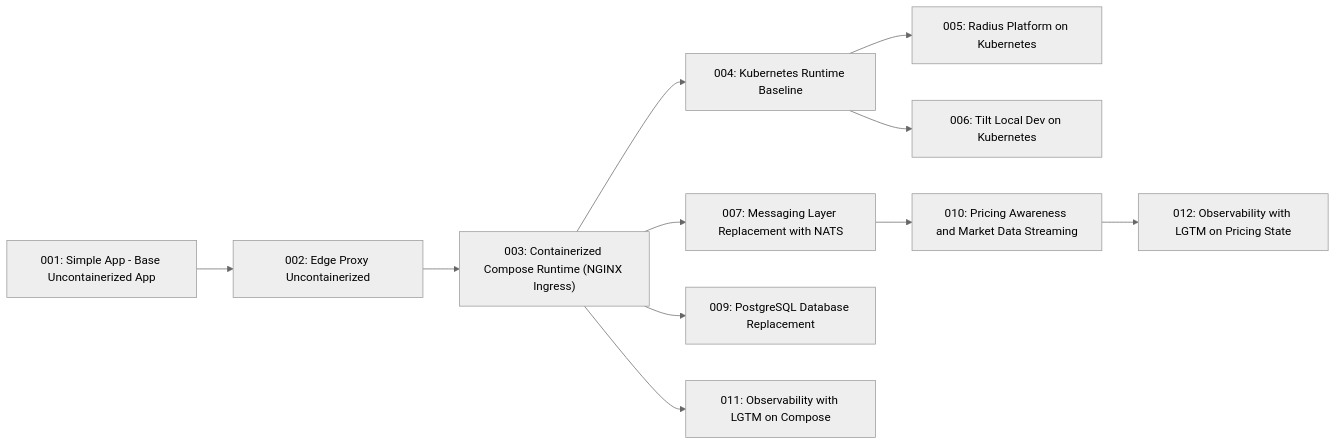
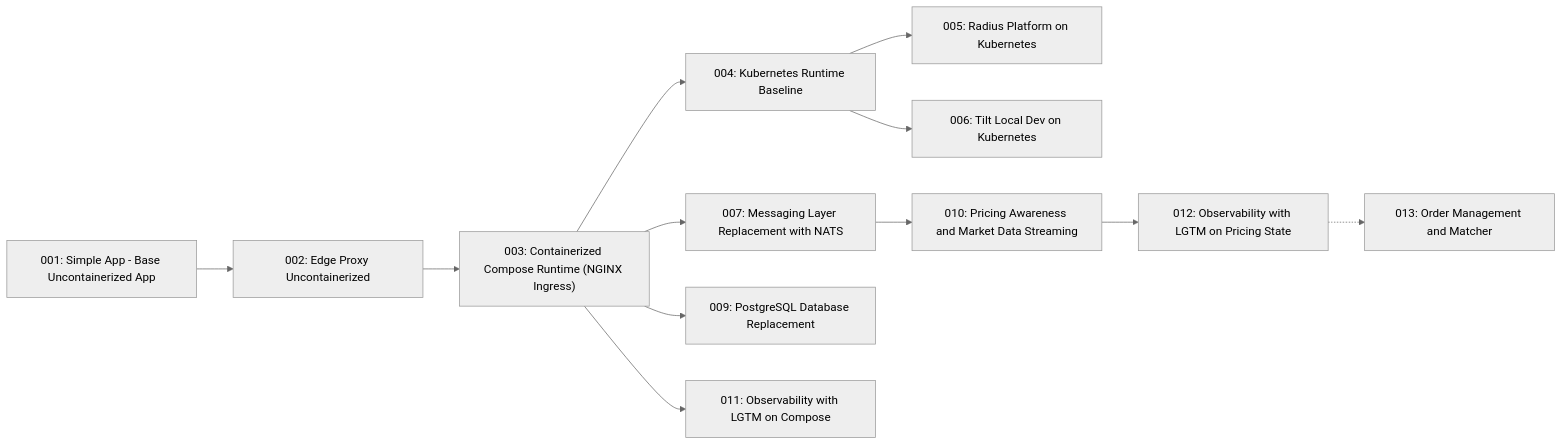
The first of 2 diagrams in docs/spec-kit/visual-learning-graphs.md (finos/traderX), drawn with Mermaid (neutral theme) before and after one commit. The commit also changed other lines of this file and 31 other files, not shown here.

Commit message:
Add state 013 Spring order matcher and ADR for 011/012 observability

````diff
--- a/docs/spec-kit/visual-learning-graphs.md
+++ b/docs/spec-kit/visual-learning-graphs.md
@@ -11,35 +11,38 @@
 ```mermaid
 flowchart LR
   S001_baseline_uncontainerized_parity["001: Simple App - Base Uncontainerized App"]
   S002_edge_proxy_uncontainerized["002: Edge Proxy Uncontainerized"]
   S003_containerized_compose_runtime["003: Containerized Compose Runtime (NGINX Ingress)"]
   S004_kubernetes_runtime["004: Kubernetes Runtime Baseline"]
   S005_radius_kubernetes_platform["005: Radius Platform on Kubernetes"]
   S006_tilt_kubernetes_dev_loop["006: Tilt Local Dev on Kubernetes"]
   S007_messaging_nats_replacement["007: Messaging Layer Replacement with NATS"]
   S009_postgres_database_replacement["009: PostgreSQL Database Replacement"]
   S010_pricing_awareness_market_data["010: Pricing Awareness and Market Data Streaming"]
   S011_observability_lgtm_compose["011: Observability with LGTM on Compose"]
   S012_observability_on_pricing["012: Observability with LGTM on Pricing State"]
+  S013_order_management_matcher["013: Order Management and Matcher"]
   S001_baseline_uncontainerized_parity --> S002_edge_proxy_uncontainerized
   S002_edge_proxy_uncontainerized --> S003_containerized_compose_runtime
   S003_containerized_compose_runtime --> S004_kubernetes_runtime
   S004_kubernetes_runtime --> S005_radius_kubernetes_platform
   S004_kubernetes_runtime --> S006_tilt_kubernetes_dev_loop
   S003_containerized_compose_runtime --> S007_messaging_nats_replacement
   S003_containerized_compose_runtime --> S009_postgres_database_replacement
   S007_messaging_nats_replacement --> S010_pricing_awareness_market_data
   S003_containerized_compose_runtime --> S011_observability_lgtm_compose
   S010_pricing_awareness_market_data --> S012_observability_on_pricing
+  S012_observability_on_pricing -.-> S013_order_management_matcher
   click S001_baseline_uncontainerized_parity href "/specs/baseline-uncontainerized-parity" "Open State 001 Spec Pack"
   click S002_edge_proxy_uncontainerized href "/specs/edge-proxy-uncontainerized" "Open State 002 Spec Pack"
   click S003_containerized_compose_runtime href "/specs/containerized-compose-runtime" "Open State 003 Spec Pack"
   click S004_kubernetes_runtime href "/specs/kubernetes-runtime" "Open State 004 Spec Pack"
   click S005_radius_kubernetes_platform href "/specs/radius-kubernetes-platform" "Open State 005 Spec Pack"
   click S006_tilt_kubernetes_dev_loop href "/specs/tilt-kubernetes-dev-loop" "Open State 006 Spec Pack"
   click S007_messaging_nats_replacement href "/specs/messaging-nats-replacement" "Open State 007 Spec Pack"
   click S009_postgres_database_replacement href "/specs/postgres-database-replacement" "Open State 009 Spec Pack"
   click S010_pricing_awareness_market_data href "/specs/pricing-awareness-market-data" "Open State 010 Spec Pack"
   click S011_observability_lgtm_compose href "/specs/observability-lgtm-compose" "Open State 011 Spec Pack"
   click S012_observability_on_pricing href "/specs/observability-on-pricing" "Open State 012 Spec Pack"
+  click S013_order_management_matcher href "/specs/order-management-matcher" "Open State 013 Spec Pack"
 ```
````
